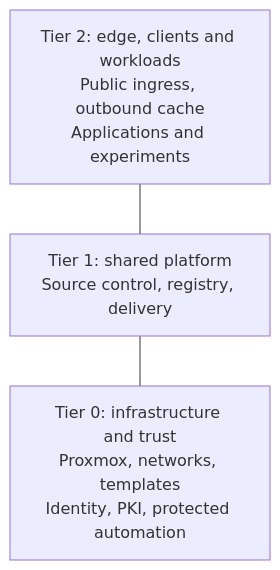
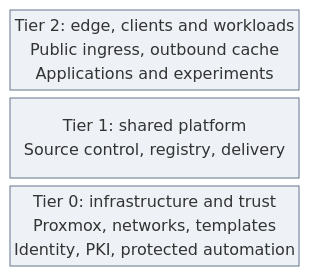
The third of 3 diagrams in docs/architecture/README.md (Rexus/homelab), drawn with Mermaid before and after one commit. The commit also changed other lines of this file and 49 other files, not shown here.

Commit message:
docs(diagrams): clarify tier layouts and visual styles

````diff
--- a/docs/architecture/README.md
+++ b/docs/architecture/README.md
@@ -196,7 +208,10 @@
 ```mermaid
-flowchart TB
+block-beta
+  columns 1
   T2["Tier 2: edge, clients and workloads<br/>Public ingress, outbound cache<br/>Applications and experiments"]
   T1["Tier 1: shared platform<br/>Source control, registry, delivery"]
   T0["Tier 0: infrastructure and trust<br/>Proxmox, networks, templates<br/>Identity, PKI, protected automation"]
-  T2 --- T1 --- T0
+  classDef default fill:#f8fafc,stroke:#64748b,color:#1f2937
+  classDef boundary fill:#eef2f6,stroke:#64748b,color:#1f2937
+  class T2,T1,T0 boundary
 ```
````
